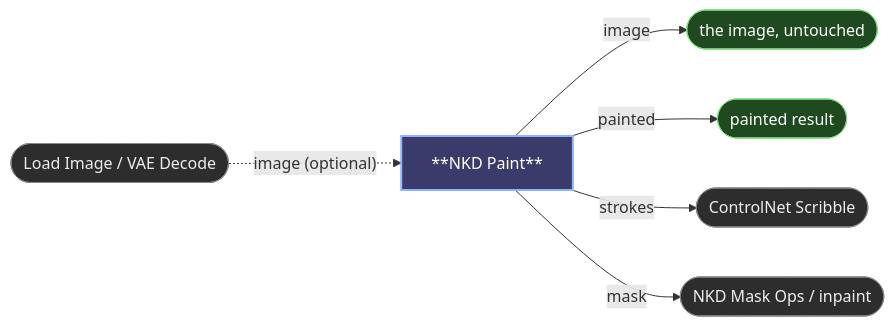
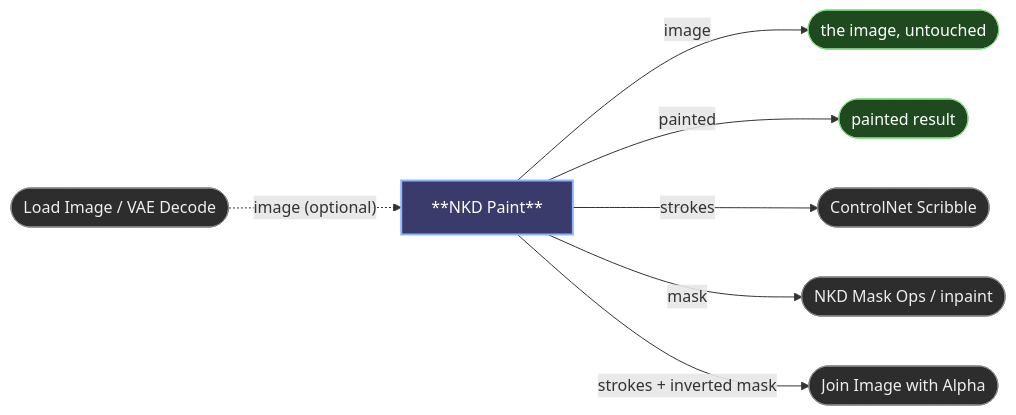
Before and after one commit to Nekodificador/ComfyUI-NKD-Basic-Tools: the diagram in docs/paint.md, drawn with Mermaid. The commit also changed other lines of this file and 2 other files, not shown here.

Commit message:
feat: Paint adds an inverted mask output for Join Image with Alpha

````diff
--- a/docs/paint.md
+++ b/docs/paint.md
@@ -10,13 +10,14 @@
 ```mermaid
 flowchart LR
     LI(["Load Image / VAE Decode"]):::input -. "image (optional)" .-> PAINT
     PAINT["**NKD Paint**"]:::nkd -- image --> SRC(["the image, untouched"]):::output
     PAINT -- painted --> BLEND(["painted result"]):::output
     PAINT -- strokes --> CN(["ControlNet Scribble"]):::external
     PAINT -- mask --> MO(["NKD Mask Ops / inpaint"]):::external
+    PAINT -- "strokes + inverted mask" --> JA(["Join Image with Alpha"]):::external
 
     classDef nkd fill:#3b3b6b,stroke:#8ab4ff,stroke-width:2px,color:#fff
     classDef input fill:#2d2d2d,stroke:#888,color:#eee
     classDef external fill:#2d2d2d,stroke:#888,color:#eee
     classDef output fill:#1f4a1f,stroke:#7fd97f,color:#fff
 ```
````
